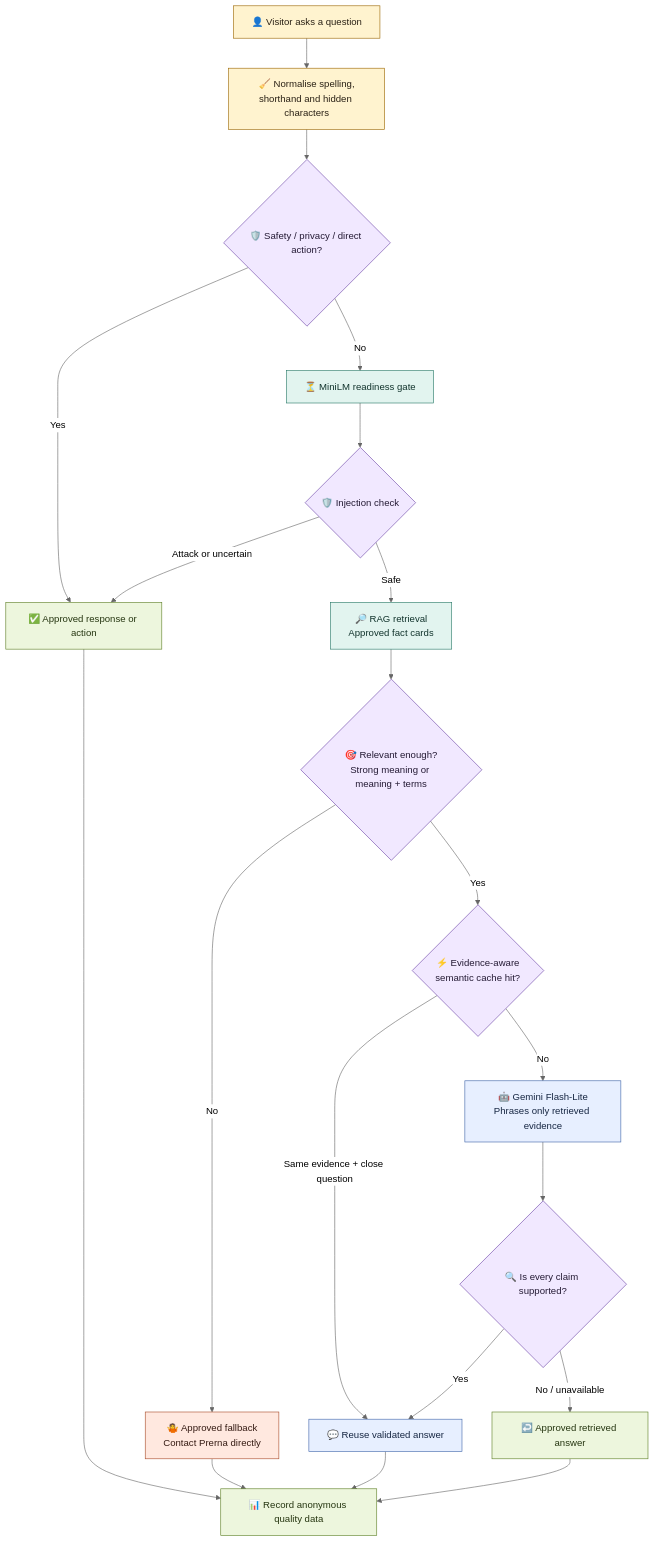
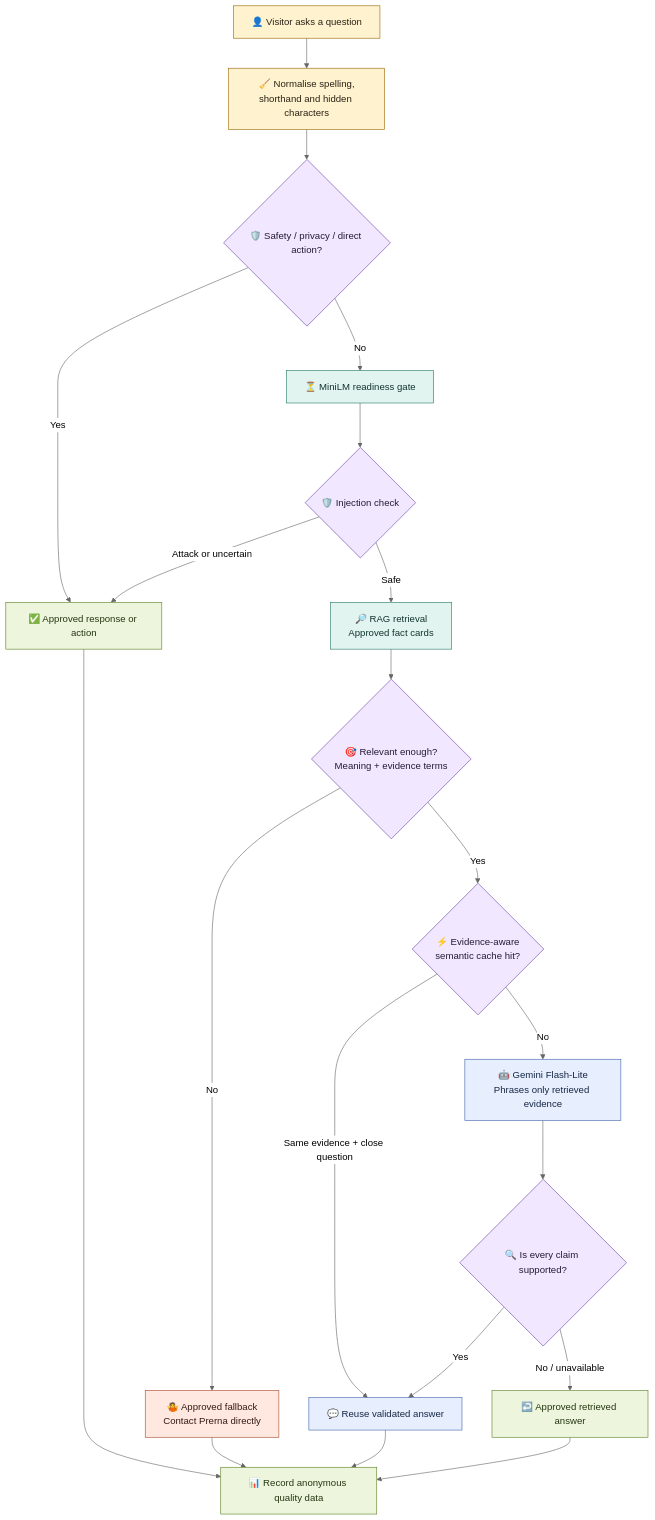
One commit to robona-pk/portfolio changed the first of 2 diagrams in README.md. Above: the diagram before and after it, drawn with Mermaid (neutral theme). The commit also changed other lines of this file and 2 other files, not shown here.

Commit message:
Tighten evidence gate for recruiter language

````diff
--- a/README.md
+++ b/README.md
@@ -55,36 +55,36 @@
 ```mermaid
 flowchart TD
     A["👤 Visitor asks a question"] --> B["🧹 Normalise spelling,<br/>shorthand and hidden characters"]
     B --> S{"🛡️ Safety / privacy / direct action?"}
     S -- "Yes" --> G["✅ Approved response or action"]
     S -- "No" --> Q["⏳ MiniLM readiness gate"]
     Q --> I{"🛡️ Injection check"}
     I -- "Attack or uncertain" --> G
     I -- "Safe" --> H["🔎 RAG retrieval<br/>Approved fact cards"]
-    H --> P{"🎯 Relevant enough?<br/>Strong meaning or meaning + terms"}
+    H --> P{"🎯 Relevant enough?<br/>Meaning + evidence terms"}
     P -- "No" --> F["🤷 Approved fallback<br/>Contact Prerna directly"]
     P -- "Yes" --> C{"⚡ Evidence-aware<br/>semantic cache hit?"}
     C -- "Same evidence + close question" --> M["💬 Reuse validated answer"]
     C -- "No" --> K["🤖 Gemini Flash-Lite<br/>Phrases only retrieved evidence"]
     K --> L{"🔍 Is every claim supported?"}
     L -- "Yes" --> M
     L -- "No / unavailable" --> N["↩️ Approved retrieved answer"]
     G --> O["📊 Record anonymous quality data"]
     F --> O
     M --> O
     N --> O
 
     classDef visitor fill:#fff3cf,stroke:#9a6500,color:#2a2115;
     classDef decision fill:#f1e8ff,stroke:#6941a5,color:#251b35;
     classDef policy fill:#ffe8df,stroke:#a84a28,color:#351b13;
     classDef retrieval fill:#e2f4ef,stroke:#277766,color:#12342d;
     classDef ai fill:#e7efff,stroke:#3f64a8,color:#172743;
     classDef output fill:#edf6dd,stroke:#5d7f25,color:#263611;
 
     class A,B visitor;
     class S,I,P,C,L decision;
     class F,G policy;
     class H,Q retrieval;
     class K,M ai;
     class G,N,O output;
 ```
````
